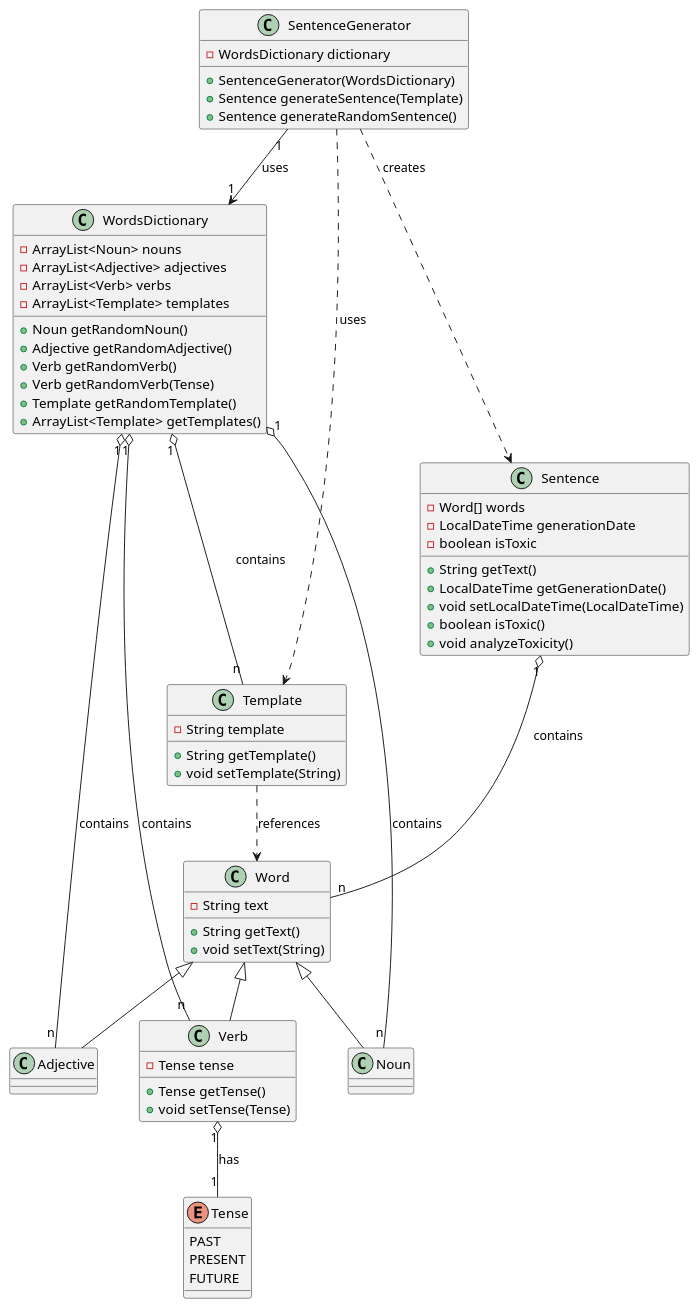
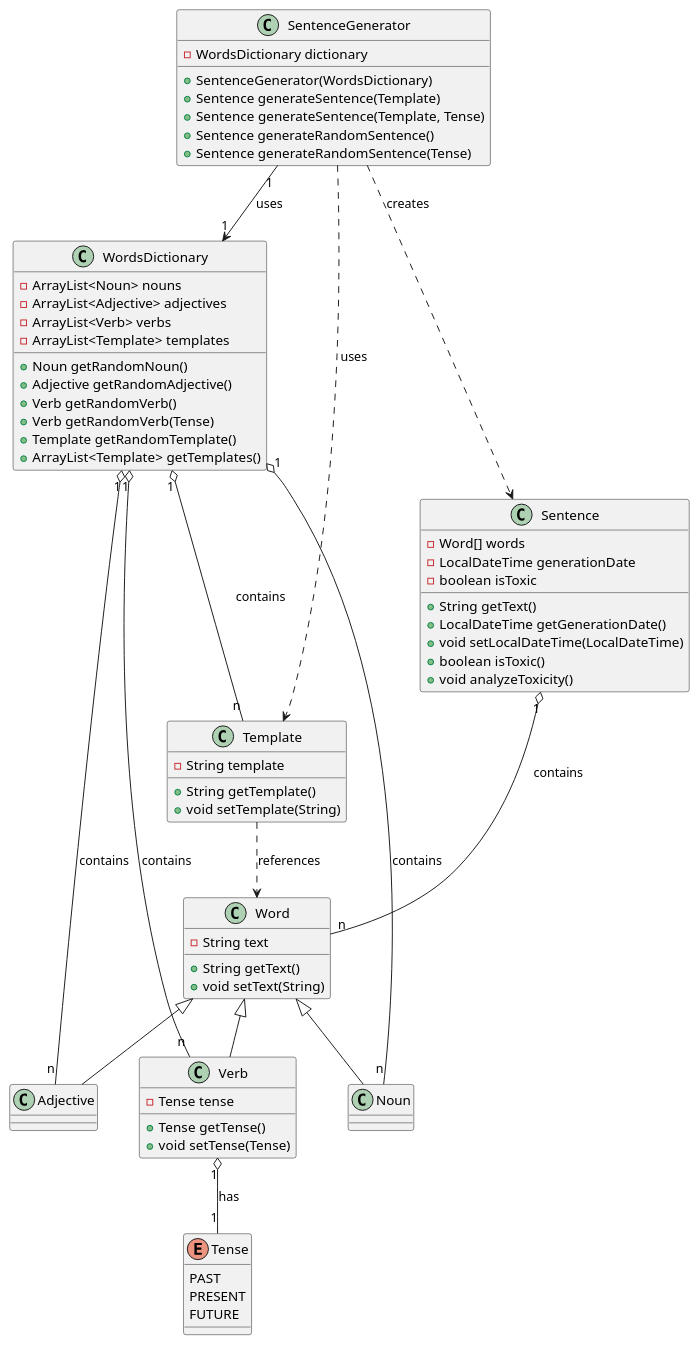
Before and after one commit to liamtoaldo/NonSenseGenerator: the diagram in docs/diagrams/classmodel.plantuml, drawn with PlantUML.

Commit message:
EDIT - Aggiunti todo per prossima volta

```diff
--- a/docs/diagrams/classmodel.plantuml
+++ b/docs/diagrams/classmodel.plantuml
@@ -1,78 +1,85 @@
 @startuml
 
 class Sentence {
     -Word[] words
     -LocalDateTime generationDate
     ' TODO: valutare come gestire la tossicità
     -boolean isToxic
     +String getText()
     ' TODO: capire dove mettere analyzeSyntax
     +LocalDateTime getGenerationDate()
     +void setLocalDateTime(LocalDateTime)
     +boolean isToxic()
     +void analyzeToxicity()
 }
 
 enum Tense {
     PAST
     PRESENT
     FUTURE
 }
 
 class Word {
     -String text
     +String getText()
     +void setText(String)
 }
 
 class Noun extends Word {
 }
 
 class Adjective extends Word {
 }
 
 class Verb extends Word {
     -Tense tense
     +Tense getTense()
     +void setTense(Tense)
 }
 
 class Template {
     -String template
     +String getTemplate()
     +void setTemplate(String)
 }
 
 class WordsDictionary {
     -ArrayList<Noun> nouns
     -ArrayList<Adjective> adjectives
     -ArrayList<Verb> verbs
     -ArrayList<Template> templates
     +Noun getRandomNoun()
     +Adjective getRandomAdjective()
     +Verb getRandomVerb()
     +Verb getRandomVerb(Tense)
     +Template getRandomTemplate()
     +ArrayList<Template> getTemplates()
 }
 
 class SentenceGenerator {
     -WordsDictionary dictionary
     +SentenceGenerator(WordsDictionary)
     +Sentence generateSentence(Template)
+    +Sentence generateSentence(Template, Tense)
     +Sentence generateRandomSentence()
+    +Sentence generateRandomSentence(Tense)
 }
 
+' TODO: aggiungere un sentence loader per la cronologia
+' TODO: Aggiungere SyntaxAnalyzer e ToxicityAnalyzer che si occupano delle chiamate API
+
+' TODO: finire relazioni
 Sentence "1" o-- "n" Word : contains 
 Verb "1" o-- "1" Tense : has 
 WordsDictionary "1" o-- "n" Noun : contains 
 WordsDictionary "1" o-- "n" Adjective : contains 
 WordsDictionary "1" o-- "n" Verb : contains 
 
 WordsDictionary "1" o-- "n" Template : contains 
 SentenceGenerator "1" --> "1" WordsDictionary : uses 
 SentenceGenerator ..> Template : uses 
 SentenceGenerator ..> Sentence : creates 
+' TODO: togliere(?)
 Template ..> Word : references 
 
 @enduml
```
